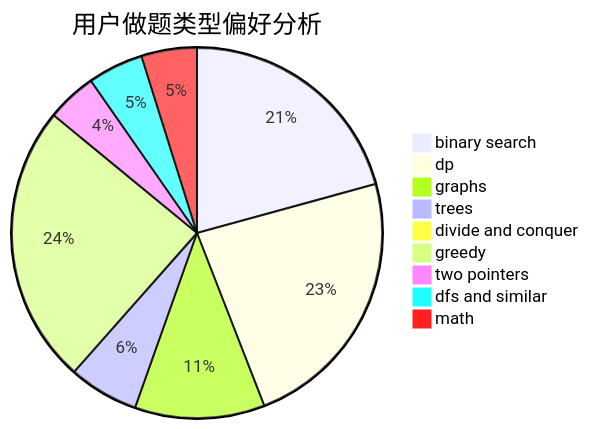
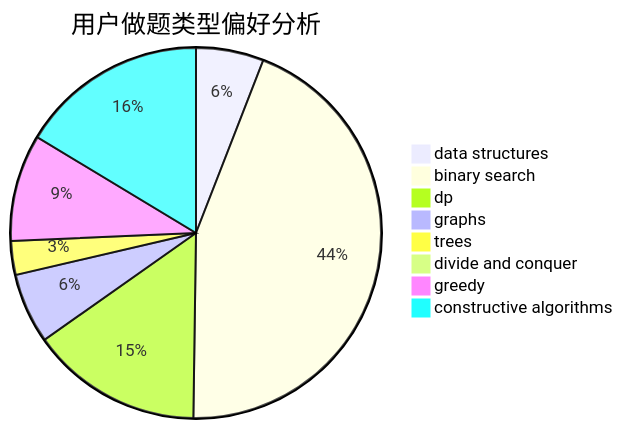
The second of 3 diagrams in docs/user/u2761.md (sherpahu/cfrs.github.io), drawn with Mermaid before and after one commit. The commit also changed other lines of this file and 2775 other files, not shown here.

````diff
--- a/docs/user/u2761.md
+++ b/docs/user/u2761.md
@@ -23,12 +23,11 @@
 ```mermaid
 pie title 用户做题类型偏好分析
-    "binary search" :  214
-    "dp" :  241
-    "graphs" :  117
-    "trees" :  63
-    "divide and conquer" :  8
-    "greedy" :  252
-    "two pointers" :  45
-    "dfs and similar" :  50
-    "math" :  50
+    "data structures" :  26
+    "binary search" :  195
+    "dp" :  66
+    "graphs" :  27
+    "trees" :  13
+    "divide and conquer" :  0
+    "greedy" :  41
+    "constructive algorithms" :  72
 ```
````
